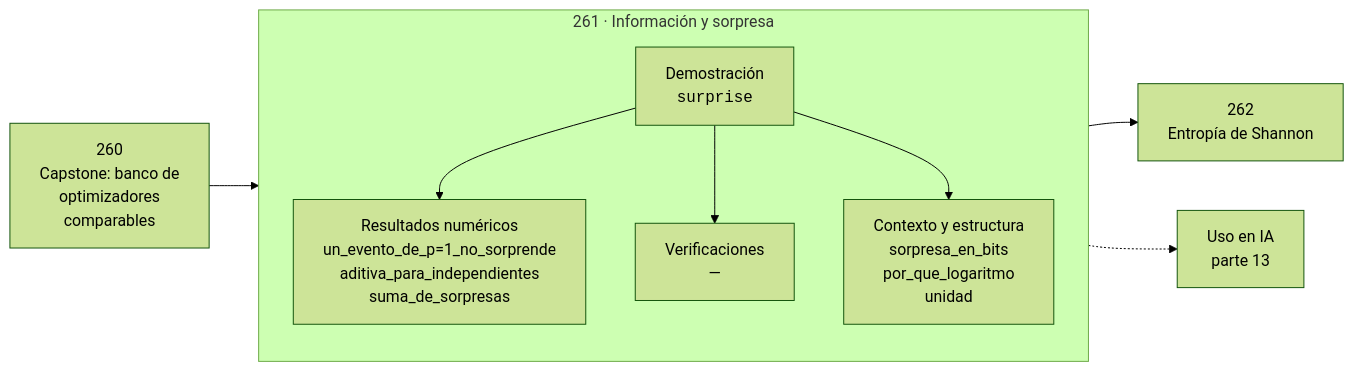
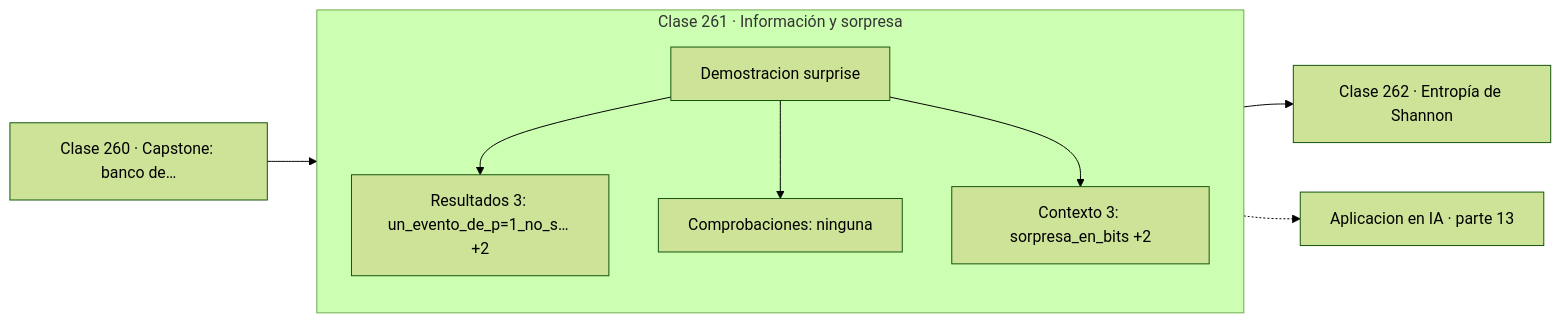
One commit to vladimiracunadev-create/computational-mathematics-program changed the diagram in classes/part-13-teoria-de-la-informacion-senales-y-series/261-informacion-y-sorpresa/README.md. Above: the diagram before and after it, drawn with Mermaid (forest theme). The commit also changed 389 other files, not shown here.

First line of the commit message:
fix(diagramas): elimina el HTML de las etiquetas Mermaid

````diff
--- a/classes/part-13-teoria-de-la-informacion-senales-y-series/261-informacion-y-sorpresa/README.md
+++ b/classes/part-13-teoria-de-la-informacion-senales-y-series/261-informacion-y-sorpresa/README.md
@@ -30,12 +30,13 @@
 ```mermaid
 flowchart LR
-    P["260<br/>Capstone: banco de<br/>optimizadores<br/>comparables"] --> C
-    subgraph C["261 · Información y sorpresa"]
+    P["Clase 260 · Capstone: banco de…"] --> D
+    subgraph CLASE["Clase 261 · Información y sorpresa"]
         direction TB
-        D["Demostración<br/><code>surprise</code>"] --> R["Resultados numéricos<br/>un_evento_de_p=1_no_sorprende<br/>aditiva_para_independientes<br/>suma_de_sorpresas"]
-        D --> V["Verificaciones<br/>—"]
-        D --> O["Contexto y estructura<br/>sorpresa_en_bits<br/>por_que_logaritmo<br/>unidad"]
+        D["Demostracion surprise"]
+        D --> R["Resultados 3: un_evento_de_p=1_no_s… +2"]
+        D --> V["Comprobaciones: ninguna"]
+        D --> O["Contexto 3: sorpresa_en_bits +2"]
     end
-    C --> N["262<br/>Entropía de Shannon"]
-    C -.-> IA["Uso en IA<br/>parte 13"]
+    R --> N["Clase 262 · Entropía de Shannon"]
+    V -.-> IA["Aplicacion en IA · parte 13"]
 ```
````
